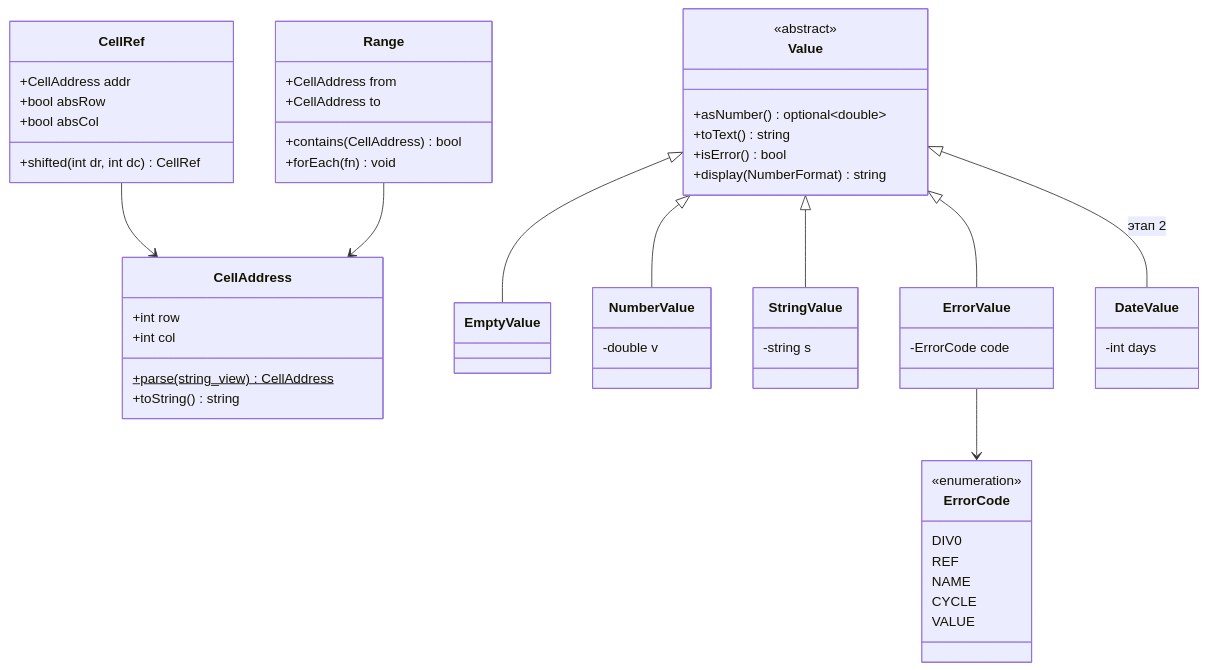
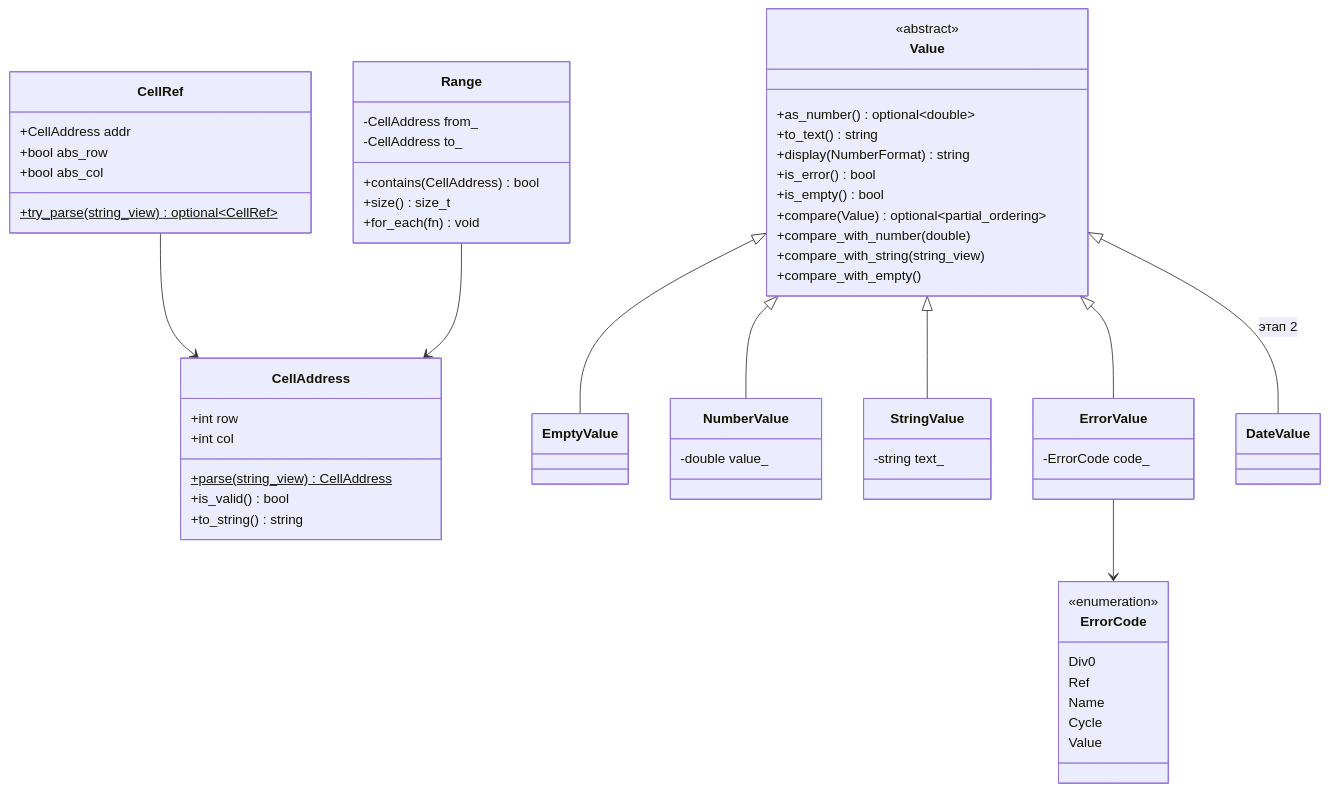
Before and after one commit to mtvxlqq/spreadsheet_software_nsu: the first of 5 diagrams in DESIGN.md, drawn with Mermaid. The commit also changed other lines of this file and 1 other file, not shown here.

````diff
--- a/DESIGN.md
+++ b/DESIGN.md
@@ -12,58 +13,63 @@
 ```mermaid
 classDiagram
     class CellAddress {
         +int row
         +int col
         +parse(string_view) CellAddress$
-        +toString() string
+        +is_valid() bool
+        +to_string() string
     }
     class CellRef {
         +CellAddress addr
-        +bool absRow
-        +bool absCol
-        +shifted(int dr, int dc) CellRef
+        +bool abs_row
+        +bool abs_col
+        +try_parse(string_view) optional~CellRef~$
     }
     class Range {
-        +CellAddress from
-        +CellAddress to
+        -CellAddress from_
+        -CellAddress to_
         +contains(CellAddress) bool
-        +forEach(fn) void
+        +size() size_t
+        +for_each(fn) void
     }
     CellRef --> CellAddress
     Range --> CellAddress
 
     class Value {
         <<abstract>>
-        +asNumber() optional~double~
-        +toText() string
-        +isError() bool
+        +as_number() optional~double~
+        +to_text() string
         +display(NumberFormat) string
+        +is_error() bool
+        +is_empty() bool
+        +compare(Value) optional~partial_ordering~
+        +compare_with_number(double)
+        +compare_with_string(string_view)
+        +compare_with_empty()
     }
     class EmptyValue
     class NumberValue {
-        -double v
+        -double value_
     }
     class StringValue {
-        -string s
+        -string text_
     }
     class ErrorValue {
-        -ErrorCode code
+        -ErrorCode code_
     }
-    class DateValue {
-        -int days
-    }
+    class DateValue
     class ErrorCode {
         <<enumeration>>
-        DIV0
-        REF
-        NAME
-        CYCLE
-        VALUE
+        Div0
+        Ref
+        Name
+        Cycle
+        Value
     }
     Value <|-- EmptyValue
     Value <|-- NumberValue
     Value <|-- StringValue
     Value <|-- ErrorValue
     Value <|-- DateValue : этап 2
     ErrorValue --> ErrorCode
 ```
````
